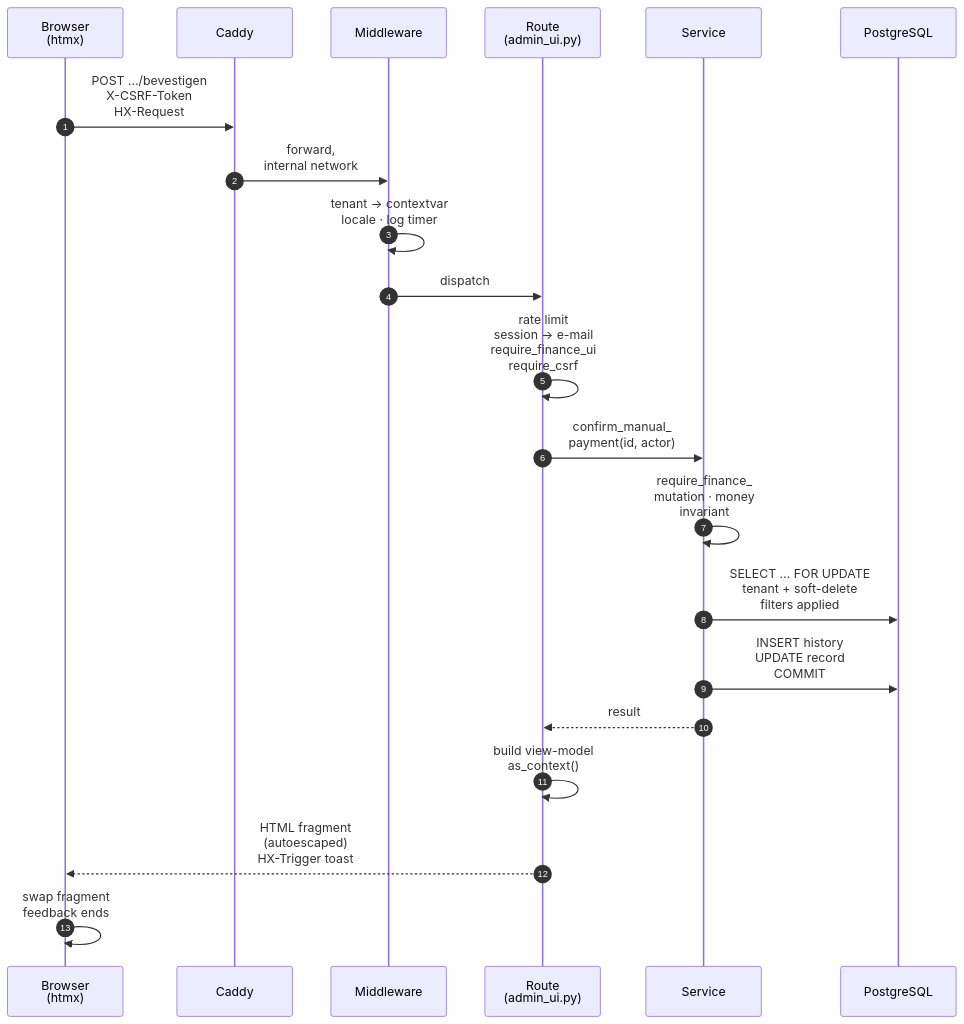
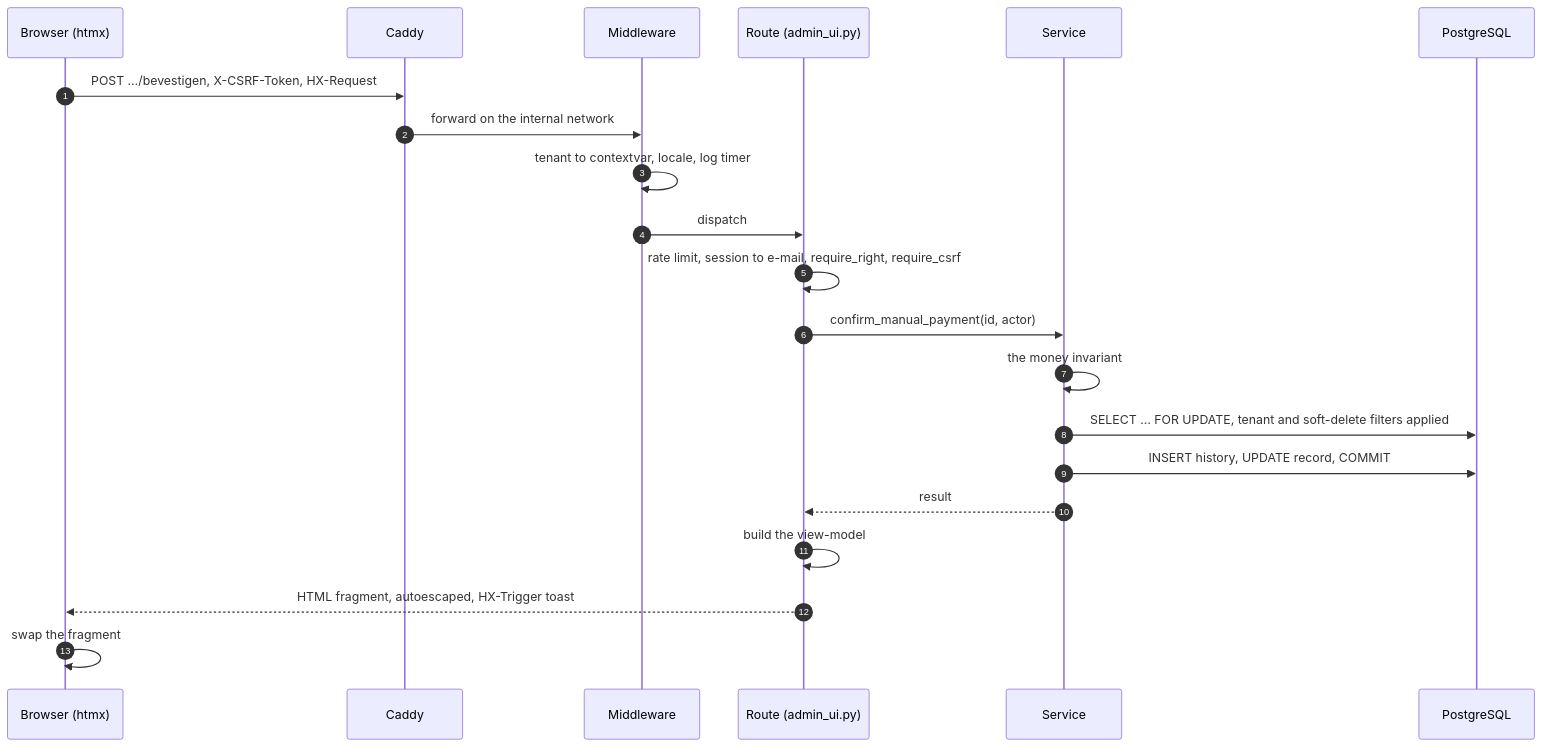
Diagram 16 of 28 in docs/architecture.md (KoenRenders/KoenTest), drawn with Mermaid before and after one commit. The commit also changed other lines of this file and 71 other files, not shown here.

First line of the commit message:
docs: the restructured architecture document replaces docs/architecture.md

````diff
--- a/docs/architecture.md
+++ b/docs/architecture.md
@@ -369,23 +753,23 @@
 ```mermaid
 sequenceDiagram
   autonumber
-  participant B as Browser<br/>(htmx)
+  participant B as Browser (htmx)
   participant C as Caddy
   participant M as Middleware
-  participant R as Route<br/>(admin_ui.py)
+  participant R as Route (admin_ui.py)
   participant S as Service
   participant D as PostgreSQL
-  B->>C: POST …/bevestigen<br/>X-CSRF-Token<br/>HX-Request
-  C->>M: forward,<br/>internal network
-  M->>M: tenant → contextvar<br/>locale · log timer
+  B->>C: POST …/bevestigen, X-CSRF-Token, HX-Request
+  C->>M: forward on the internal network
+  M->>M: tenant to contextvar, locale, log timer
   M->>R: dispatch
-  R->>R: rate limit<br/>session → e-mail<br/>require_finance_ui<br/>require_csrf
-  R->>S: confirm_manual_<br/>payment(id, actor)
-  S->>S: require_finance_<br/>mutation · money<br/>invariant
-  S->>D: SELECT … FOR UPDATE<br/>tenant + soft-delete<br/>filters applied
-  S->>D: INSERT history<br/>UPDATE record<br/>COMMIT
+  R->>R: rate limit, session to e-mail, require_right, require_csrf
+  R->>S: confirm_manual_payment(id, actor)
+  S->>S: the money invariant
+  S->>D: SELECT … FOR UPDATE, tenant and soft-delete filters applied
+  S->>D: INSERT history, UPDATE record, COMMIT
   S-->>R: result
-  R->>R: build view-model<br/>as_context()
-  R-->>B: HTML fragment<br/>(autoescaped)<br/>HX-Trigger toast
-  B->>B: swap fragment<br/>feedback ends
+  R->>R: build the view-model
+  R-->>B: HTML fragment, autoescaped, HX-Trigger toast
+  B->>B: swap the fragment
 ```
````
